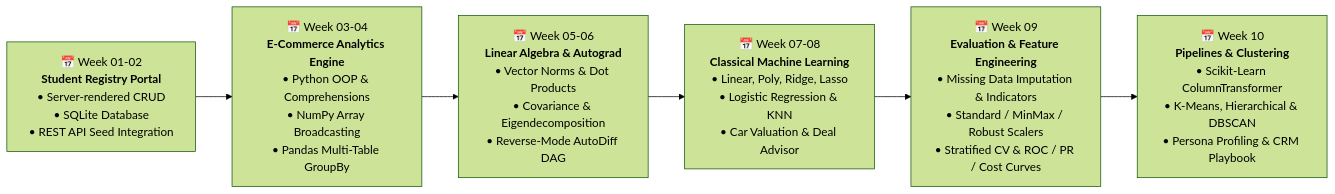
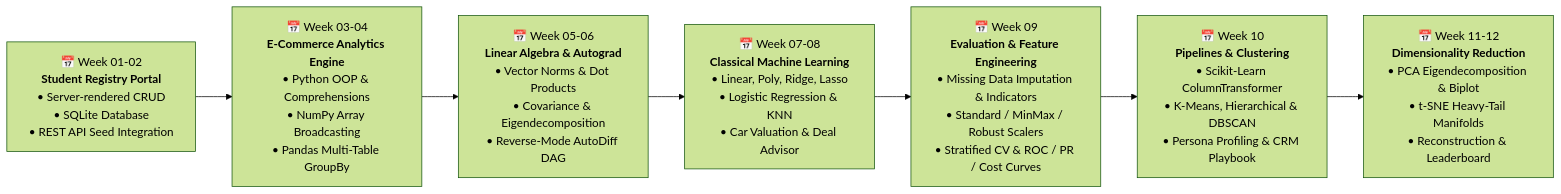
Before and after one commit to dhanish0711/Hack-o-Week-Odd-Semester-Session-2026-2027: the diagram in README.md, drawn with Mermaid (forest theme). The commit also changed other lines of this file, not shown here.

Commit message:
docs: update root curriculum roadmap and repository index with Week 11-12

````diff
--- a/README.md
+++ b/README.md
@@ -25,9 +25,10 @@
 ```mermaid
 flowchart LR
     W1["📅 Week 01-02<br><b>Student Registry Portal</b><br>• Server-rendered CRUD<br>• SQLite Database<br>• REST API Seed Integration"]
     --> W3["📅 Week 03-04<br><b>E-Commerce Analytics Engine</b><br>• Python OOP & Comprehensions<br>• NumPy Array Broadcasting<br>• Pandas Multi-Table GroupBy"]
     --> W5["📅 Week 05-06<br><b>Linear Algebra & Autograd</b><br>• Vector Norms & Dot Products<br>• Covariance & Eigendecomposition<br>• Reverse-Mode AutoDiff DAG"]
     --> W7["📅 Week 07-08<br><b>Classical Machine Learning</b><br>• Linear, Poly, Ridge, Lasso<br>• Logistic Regression & KNN<br>• Car Valuation & Deal Advisor"]
     --> W9["📅 Week 09<br><b>Evaluation & Feature Engineering</b><br>• Missing Data Imputation & Indicators<br>• Standard / MinMax / Robust Scalers<br>• Stratified CV & ROC / PR / Cost Curves"]
     --> W10["📅 Week 10<br><b>Pipelines & Clustering</b><br>• Scikit-Learn ColumnTransformer<br>• K-Means, Hierarchical & DBSCAN<br>• Persona Profiling & CRM Playbook"]
+    --> W11["📅 Week 11-12<br><b>Dimensionality Reduction</b><br>• PCA Eigendecomposition & Biplot<br>• t-SNE Heavy-Tail Manifolds<br>• Reconstruction & Leaderboard"]
 ```
````
